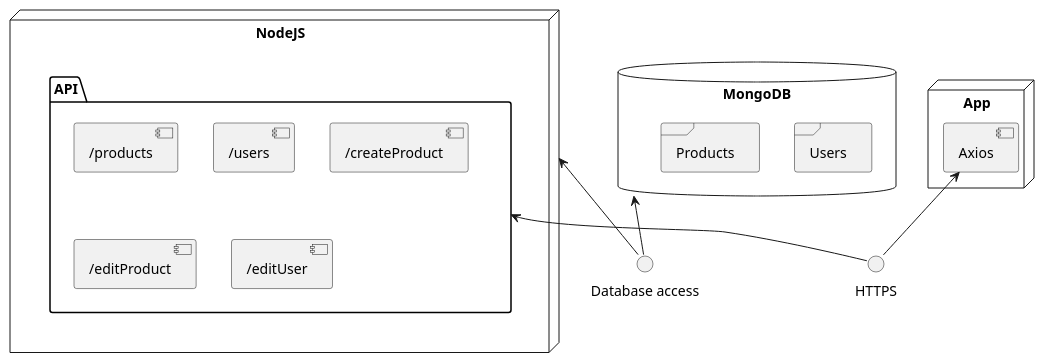
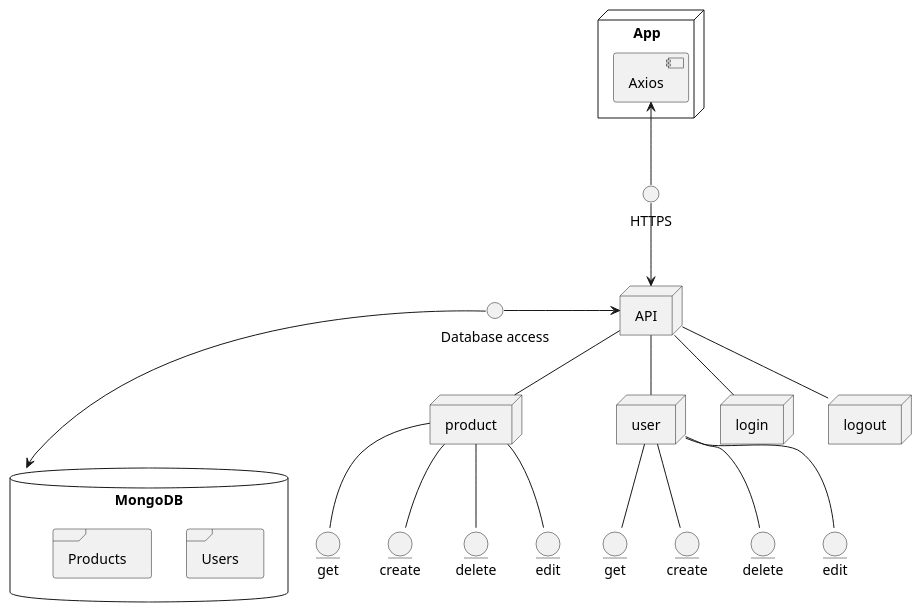
One commit to martimik/TuHlaRi-core changed the diagram in dokumentit/03-suunnittelu-ja-toteutus/arkkitehtuuri-ja-tekninentoteutus.md. Above: the diagram before and after it, drawn with PlantUML.

````diff
--- a/dokumentit/03-suunnittelu-ja-toteutus/arkkitehtuuri-ja-tekninentoteutus.md
+++ b/dokumentit/03-suunnittelu-ja-toteutus/arkkitehtuuri-ja-tekninentoteutus.md
@@ -71,42 +71,60 @@
 ```plantuml
 
+interface dbAccess as "Database access"
+interface apiAccess as "HTTPS"
+  
+node API
+
+node product
+node user
+node login
+node logout
+
+entity  get as getU
+entity  create as createU
+entity  delete as deleteU
+entity  edit as editU
+
+entity  get as getP
+entity  create as createP
+entity  delete as deleteP
+entity  edit as editP
+
+API -- product
+API -- user
+API -- login
+API -- logout
+
+user -- getU
+user -- createU
+user -- deleteU
+user -- editU
+
+product -- getP
+product -- createP
+product -- deleteP
+product -- editP
 
 
-  interface dbAccess as "Database access"
-  interface apiAccess as "HTTPS"
-
-    
-
-  NodeJS <-- dbAccess
-  MongoDB <-- dbAccess
+node "App" {
+   [Axios]   
+}
   
 
-   node "App" {
-     [Axios]   
-   }
+database "MongoDB" {
+    frame "Users" {
+    }
+
+    frame "Products" {
+    }
+}
   
-   node "NodeJS" {
-     package "API" {
-        [/products]
-        [/users]
-        [/createProduct]
-        [/editProduct]
-        [/editUser] 
-     }
-   } 
- 
-  database "MongoDB" {
-  
-    frame "Users" {
+API <-left- dbAccess
+MongoDB <--up- dbAccess
 
-    }
-    
-    frame "Products" {
+API <-up- apiAccess  
+Axios <-down- apiAccess
 
-    }
-  }
-  
-    Axios <-- apiAccess
-  API <-- apiAccess
+
   
 ```
````
